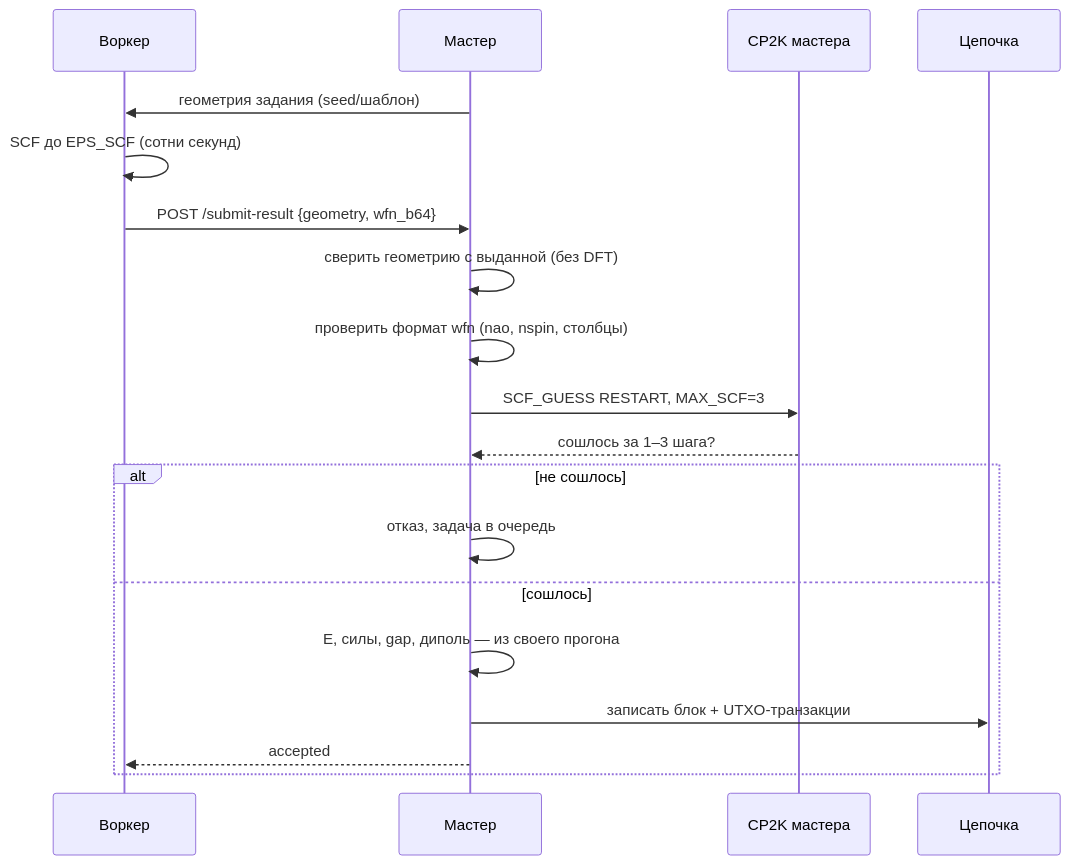
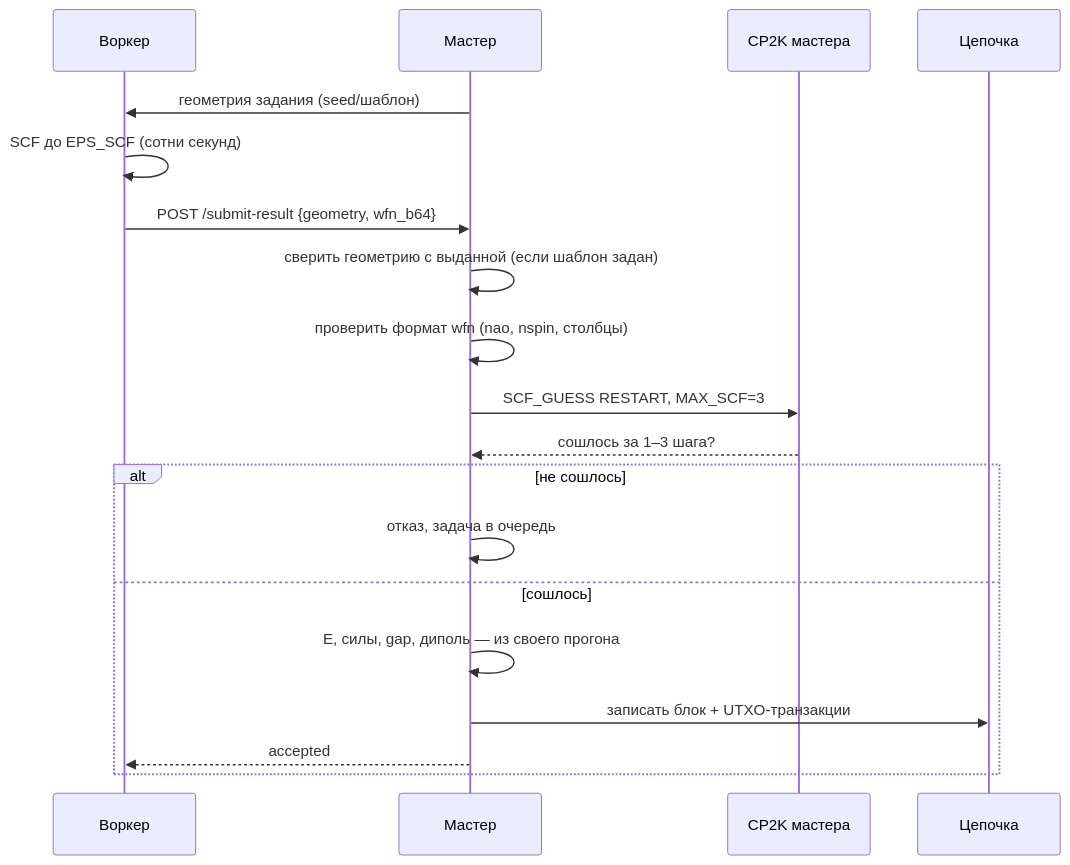
The second of 5 diagrams in docs/WHITEPAPER.md (konstantinkorzov/cp2k-mace-project), drawn with Mermaid before and after one commit. The commit also changed 4 other files, not shown here.

````diff
--- a/docs/WHITEPAPER.md
+++ b/docs/WHITEPAPER.md
@@ -92,22 +92,22 @@
 ```mermaid
 sequenceDiagram
     participant W as Воркер
     participant M as Мастер
     participant C as CP2K мастера
     participant B as Цепочка
 
     M->>W: геометрия задания (seed/шаблон)
     W->>W: SCF до EPS_SCF (сотни секунд)
     W->>M: POST /submit-result {geometry, wfn_b64}
-    M->>M: сверить геометрию с выданной (без DFT)
+    M->>M: сверить геометрию с выданной (если шаблон задан)
     M->>M: проверить формат wfn (nao, nspin, столбцы)
     M->>C: SCF_GUESS RESTART, MAX_SCF=3
     C-->>M: сошлось за 1–3 шага?
     alt не сошлось
         M->>M: отказ, задача в очередь
     else сошлось
         M->>M: E, силы, gap, диполь — из своего прогона
         M->>B: записать блок + UTXO-транзакции
         M-->>W: accepted
     end
 ```
````
